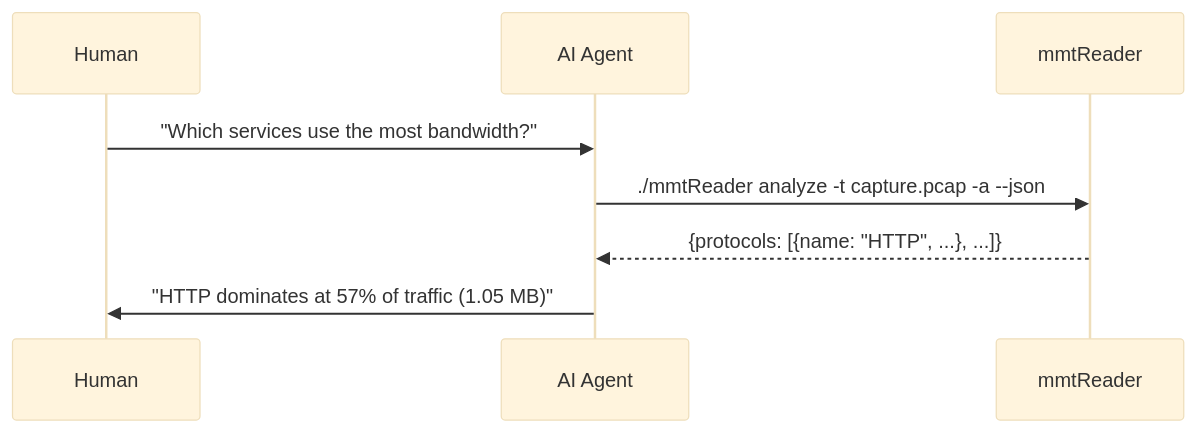
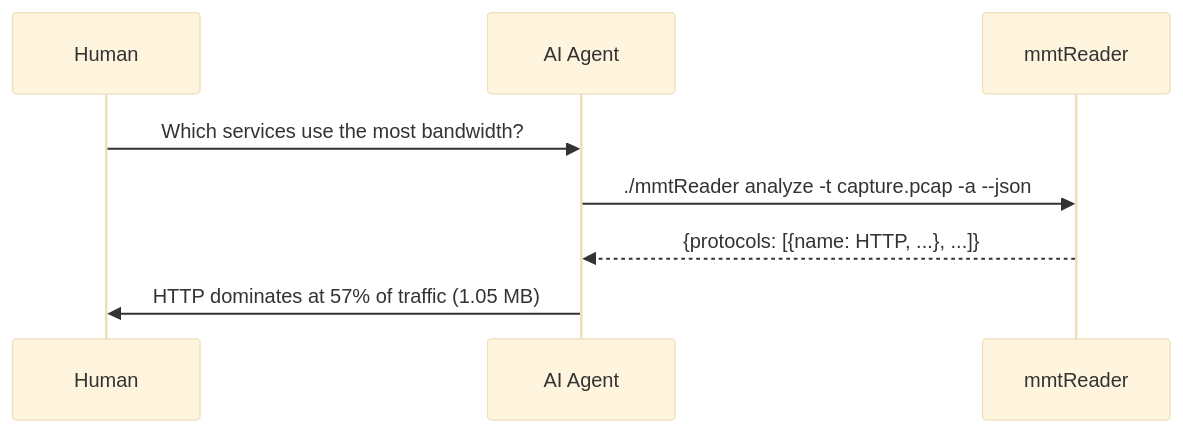
The second of 2 diagrams in README.md (Montimage/mmt-reader), drawn with Mermaid (base theme) before and after one commit. The commit also changed other lines of this file, not shown here.

Commit message:
Fix mermaid: remove double quotes from node labels and message text to fix parser errors

````diff
--- a/README.md
+++ b/README.md
@@ -28,11 +28,11 @@
 ```mermaid
 sequenceDiagram
     participant Human as Human
     participant Agent as AI Agent
     participant Reader as mmtReader
     
-    Human->>Agent: "Which services use the most bandwidth?"
+    Human->>Agent: Which services use the most bandwidth?
     Agent->>Reader: ./mmtReader analyze -t capture.pcap -a --json
-    Reader-->>Agent: {protocols: [{name: "HTTP", ...}, ...]}
-    Agent->>Human: "HTTP dominates at 57% of traffic (1.05 MB)"
+    Reader-->>Agent: {protocols: [{name: HTTP, ...}, ...]}
+    Agent->>Human: HTTP dominates at 57% of traffic (1.05 MB)
 ```
````
